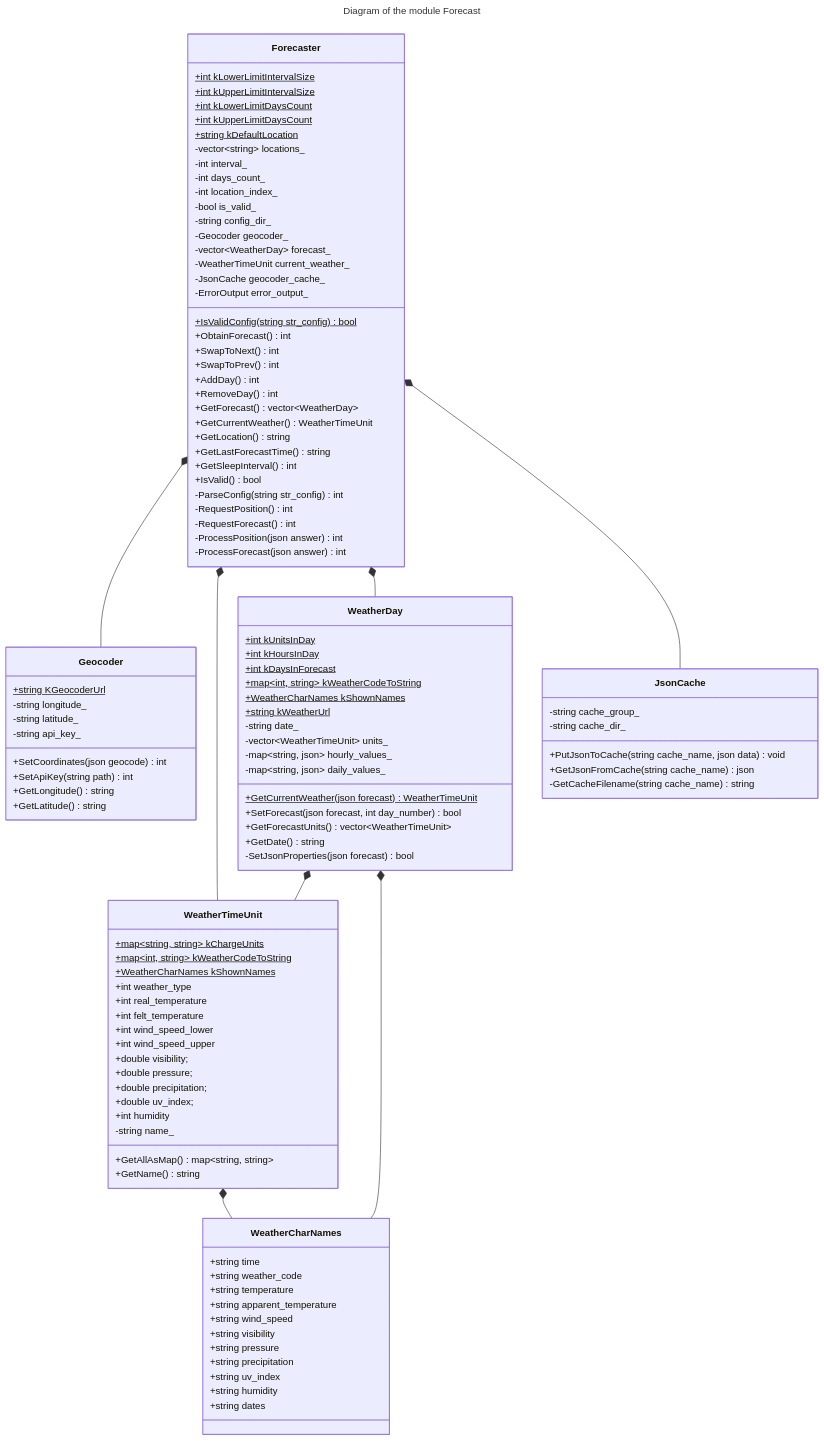
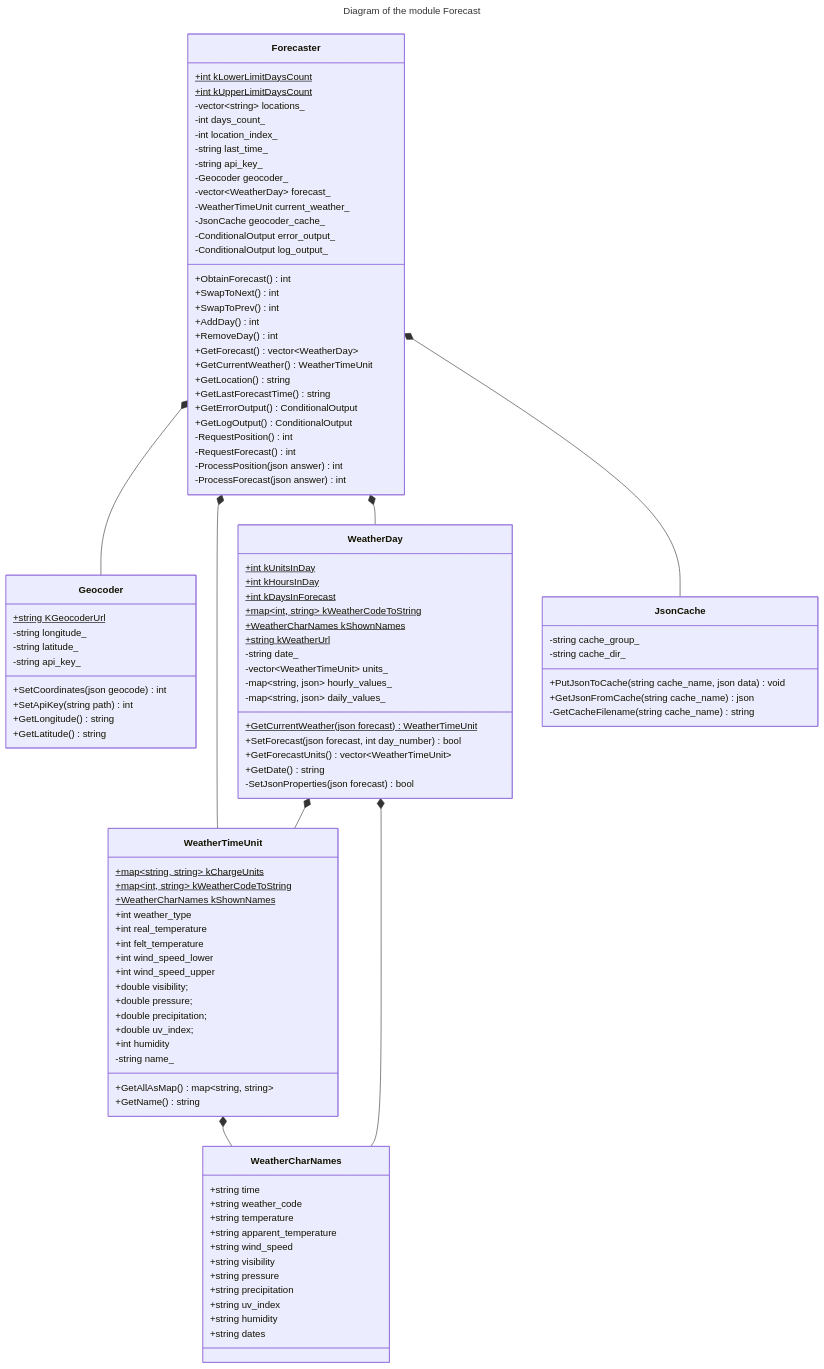
Before and after one commit to bialger/weather-forecast: the third of 4 diagrams in docs/dev/architecture.md, drawn with Mermaid. The commit also changed other lines of this file, not shown here.

Commit message:
Updated project architecture

```diff
--- a/docs/dev/architecture.md
+++ b/docs/dev/architecture.md
@@ -153,23 +189,19 @@
 classDiagram
   direction TB
   class Forecaster {
-    +int kLowerLimitIntervalSize$
-    +int kUpperLimitIntervalSize$
     +int kLowerLimitDaysCount$
     +int kUpperLimitDaysCount$
-    +string kDefaultLocation$
     -vector~string~ locations_
-    -int interval_
     -int days_count_
     -int location_index_
-    -bool is_valid_
-    -string config_dir_
+    -string last_time_
+    -string api_key_
     -Geocoder geocoder_
     -vector~WeatherDay~ forecast_
     -WeatherTimeUnit current_weather_
     -JsonCache geocoder_cache_
-    -ErrorOutput error_output_
-    +IsValidConfig(string str_config)$ bool
+    -ConditionalOutput error_output_
+    -ConditionalOutput log_output_
     +ObtainForecast() int
     +SwapToNext() int
     +SwapToPrev() int
@@ -179,9 +211,8 @@
     +GetCurrentWeather() WeatherTimeUnit
     +GetLocation() string
     +GetLastForecastTime() string
-    +GetSleepInterval() int
-    +IsValid() bool
-    -ParseConfig(string str_config) int
+    +GetErrorOutput() ConditionalOutput
+    +GetLogOutput() ConditionalOutput
     -RequestPosition() int
     -RequestForecast() int
     -ProcessPosition(json answer) int
```
